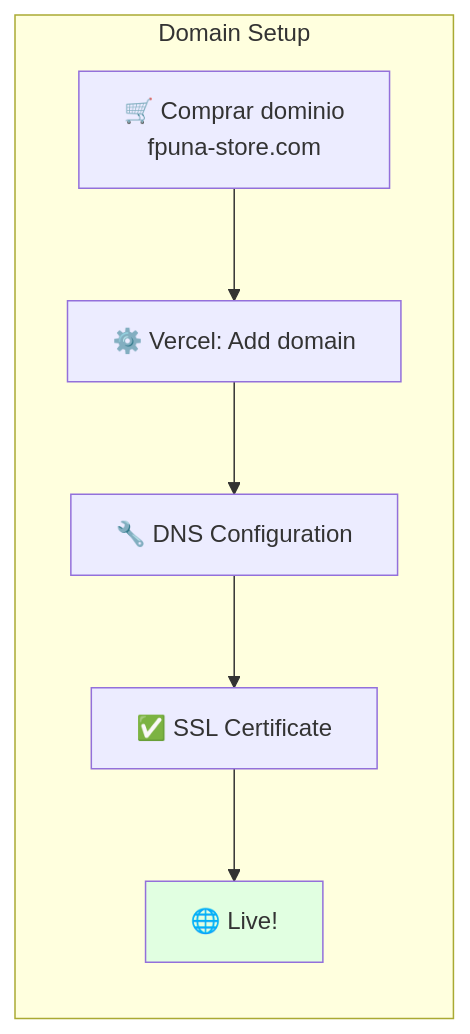
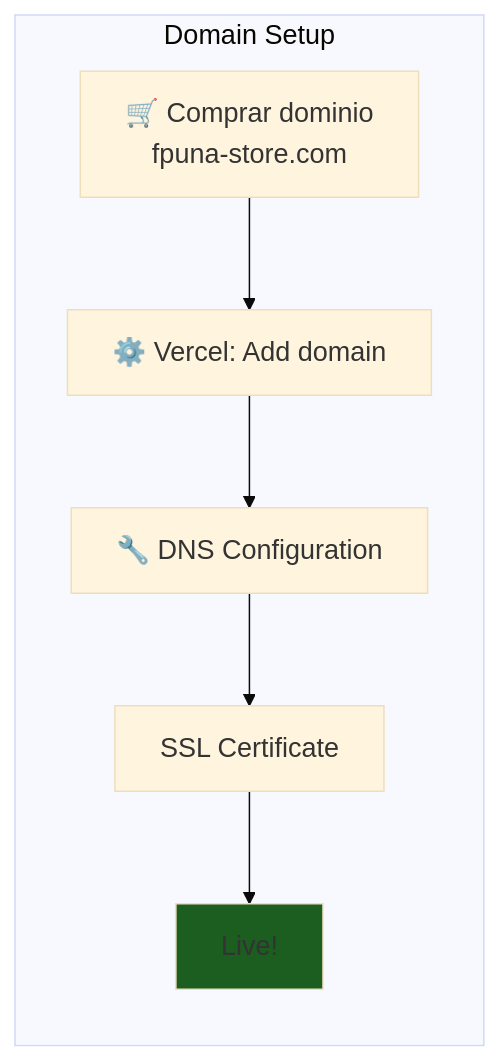
The eighth of 12 diagrams in courses/🟡-development/FPUNA-2026/01-DESARROLLO-SOFTWARE/especializaciones/web-development/05-despliegue-ia.md (Ai-Whisperers/Courses-Content), drawn with Mermaid before and after one commit. The commit also changed other lines of this file and 47 other files, not shown here.

First line of the commit message:
fix: Make all 473 diagrams WCAG AAA accessible (FPUNA-2026)

````diff
--- a/courses/🟡-development/FPUNA-2026/01-DESARROLLO-SOFTWARE/especializaciones/web-development/05-despliegue-ia.md
+++ b/courses/🟡-development/FPUNA-2026/01-DESARROLLO-SOFTWARE/especializaciones/web-development/05-despliegue-ia.md
@@ -386,14 +393,15 @@
 ```mermaid
+%%{init: {'theme':'base', 'themeVariables': {'fontSize':'18px'}}}%%
 graph LR
     subgraph "Domain Setup"
         A[🛒 Comprar dominio<br/>fpuna-store.com]
         B[⚙️ Vercel: Add domain]
         C[🔧 DNS Configuration]
-        D[✅ SSL Certificate]
-        E[🌐 Live!]
+        D[SSL Certificate]
+        E[Live!]
         
         A --> B --> C --> D --> E
     end
     
-    style E fill:#E1FFE1
+    style E fill:#1b5e20
 ```
````
